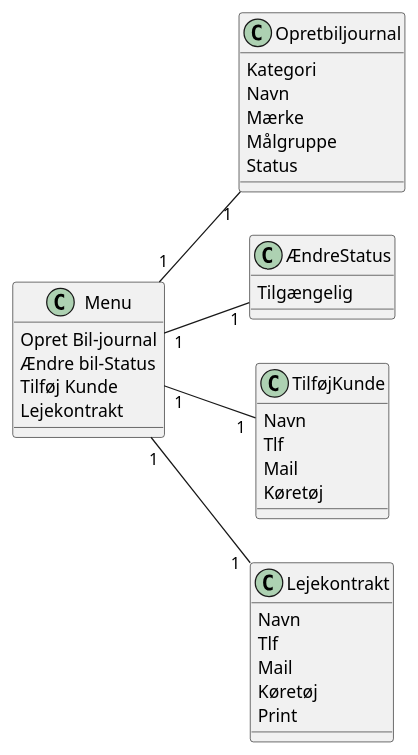
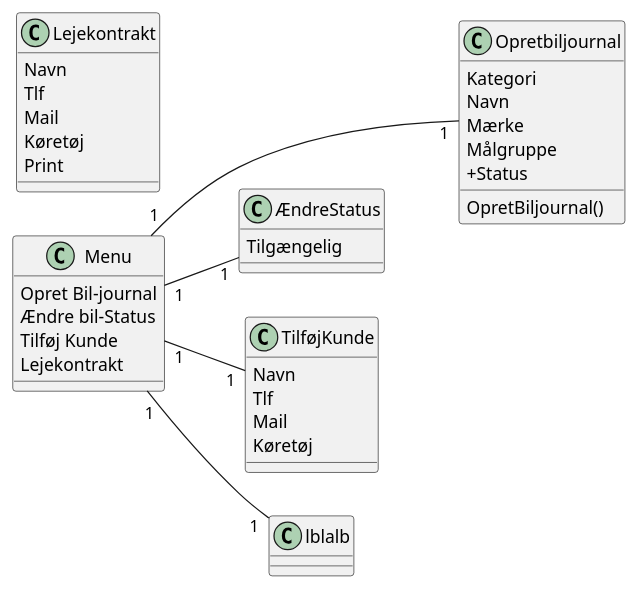
Before and after one commit to FilipMeldal/Team1A: the diagram in Systemudvikling 2. sem/Workshop/SystemudviklingDomainModel.plantuml, drawn with PlantUML. The commit also changed 8 other files, not shown here.

```diff
--- a/Systemudvikling 2. sem/Workshop/SystemudviklingDomainModel.plantuml
+++ b/Systemudvikling 2. sem/Workshop/SystemudviklingDomainModel.plantuml
@@ -1,53 +1,52 @@
 @startuml
 
 left to right direction
+skinparam classAttributeIconSize 0
+
 class Menu
 {
     Opret Bil-journal
     Ændre bil-Status
     Tilføj Kunde
     Lejekontrakt
 }
-Menu "1" -- "1" Opretbiljournal
+Menu "1" --- "1" Opretbiljournal
 Menu "1" -- "1" ÆndreStatus
 Menu "1" -- "1" TilføjKunde
-Menu "1" -- "1" Lejekontrakt
-
-
-
-
+Menu "1" -- "1" lblalb
 
 class Opretbiljournal 
 {
     Kategori
     Navn
     Mærke
     Målgruppe
-    Status
+    +Status
+    {method} OpretBiljournal()
 }
 
 class ÆndreStatus
 {
     Tilgængelig
 }
 
 class TilføjKunde
 {
     Navn
     Tlf
     Mail
     Køretøj
 
 }
 
 class Lejekontrakt
 {
     Navn
     Tlf
     Mail
     Køretøj
     Print
 }
 
 
 @enduml
```
